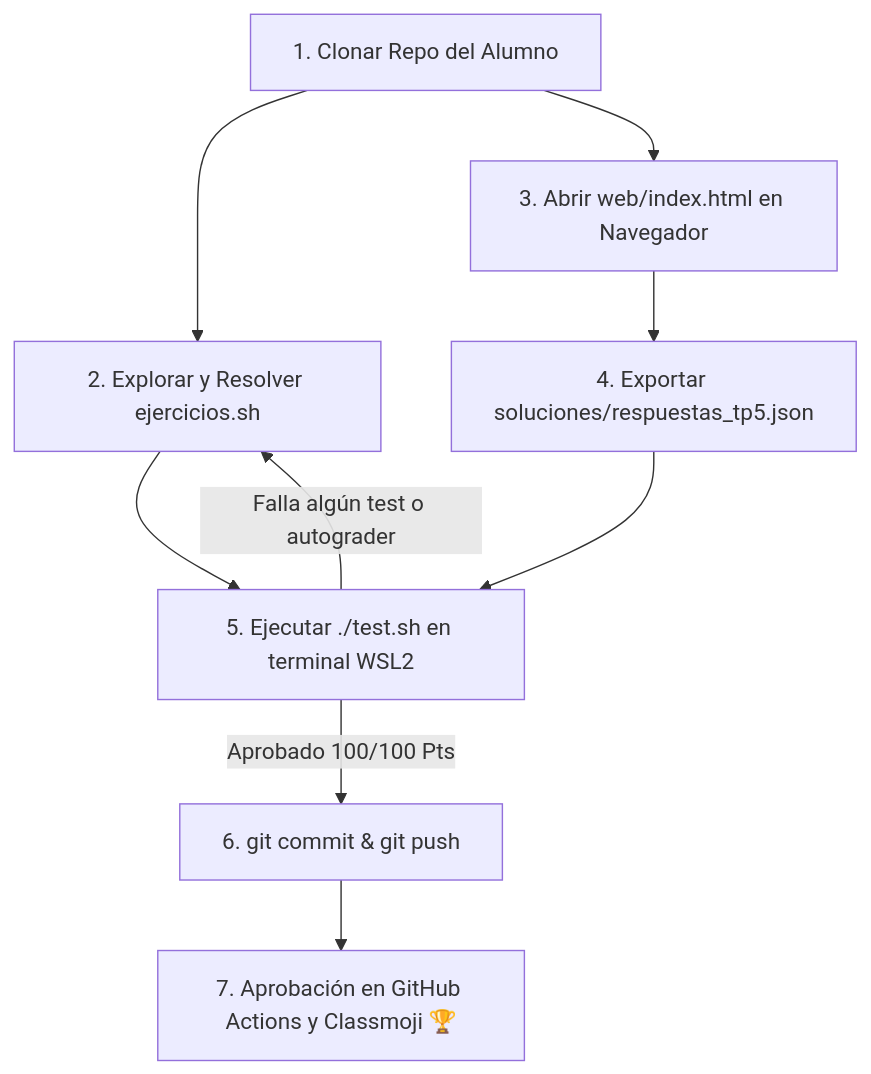
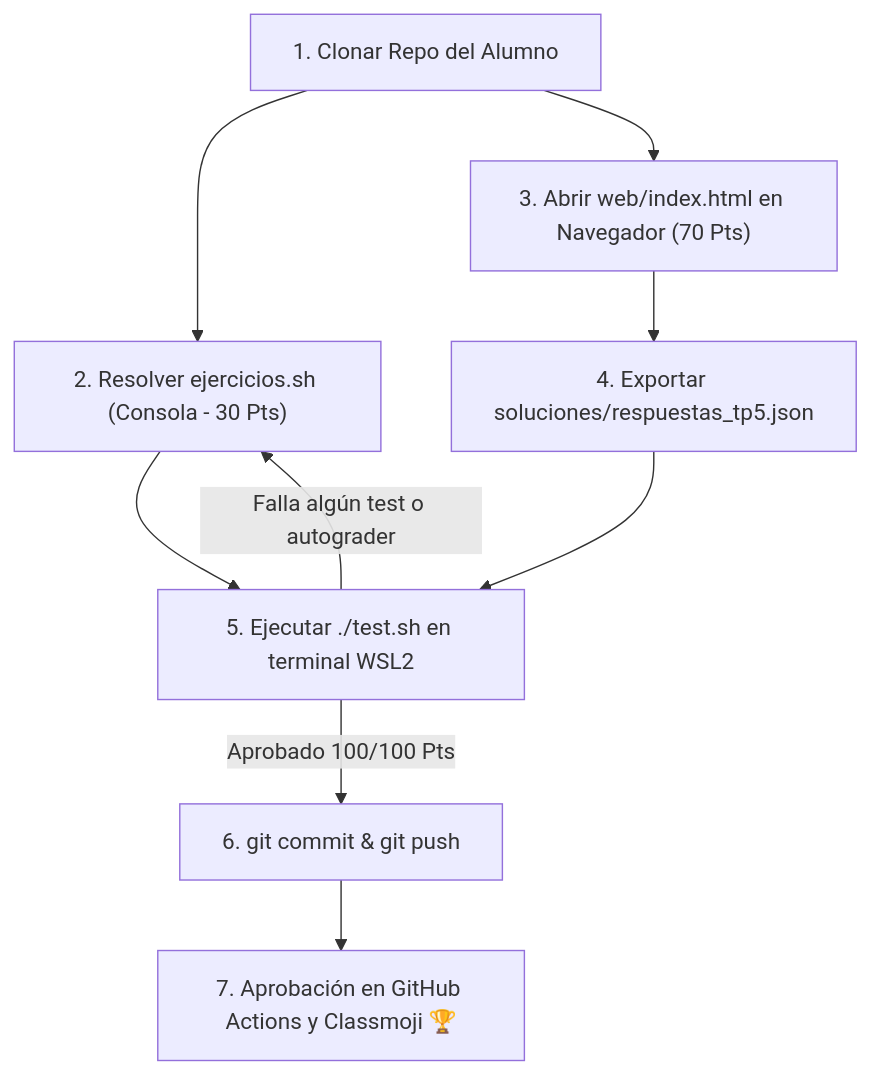
Before and after one commit to UNJu-Sistemas-Operativos-II/SOII-TP5: the diagram in README.md, drawn with Mermaid. The commit also changed other lines of this file and 2 other files, not shown here.

Commit message:
refactor: arquitectura 30 Pts Auditoria Red Consola + 70 Pts Laboratorio Web

````diff
--- a/README.md
+++ b/README.md
@@ -72,11 +66,11 @@
 ```mermaid
 flowchart TD
-    A["1. Clonar Repo del Alumno"] --> B["2. Explorar y Resolver ejercicios.sh"]
-    A --> C["3. Abrir web/index.html en Navegador"]
+    A["1. Clonar Repo del Alumno"] --> B["2. Resolver ejercicios.sh (Consola - 30 Pts)"]
+    A --> C["3. Abrir web/index.html en Navegador (70 Pts)"]
     C --> D["4. Exportar soluciones/respuestas_tp5.json"]
     B --> E["5. Ejecutar ./test.sh en terminal WSL2"]
     D --> E
     E -->|Falla algún test o autograder| B
     E -->|Aprobado 100/100 Pts| F["6. git commit & git push"]
     F --> G["7. Aprobación en GitHub Actions y Classmoji 🏆"]
 ```
````
